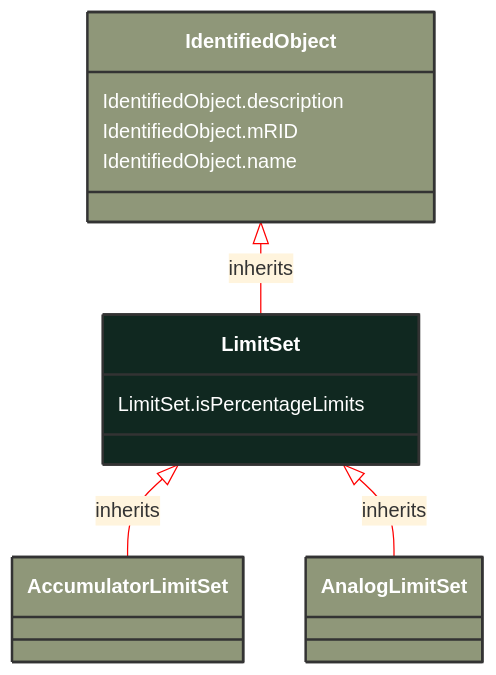
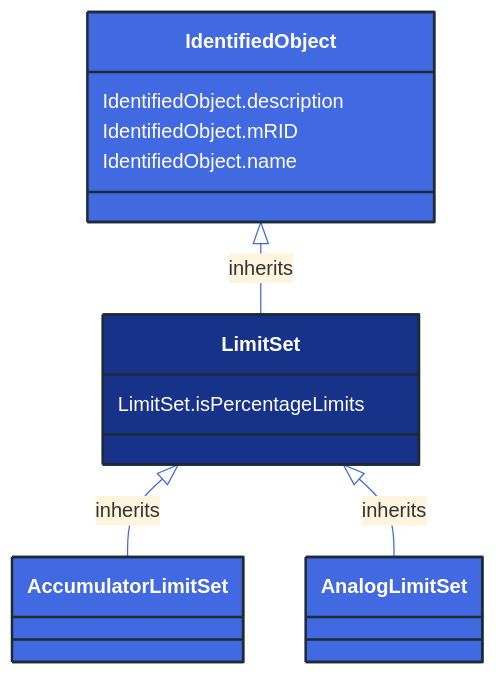
Before and after one commit to 3lbits/NoCIMExtensions: the diagram in docs/Models/Profiles/Operation/AbstractClasses/LimitSet.md, drawn with Mermaid. The commit also changed 362 other files, not shown here.

First line of the commit message:
Update diagrams and styles for improved visual consistency

````diff
--- a/docs/Models/Profiles/Operation/AbstractClasses/LimitSet.md
+++ b/docs/Models/Profiles/Operation/AbstractClasses/LimitSet.md
@@ -10,30 +10,30 @@
 ```mermaid
-%%{init: {'theme':'base','themeVariables': {'lineColor': '#FF0000'}}}%%
+%%{init: {'theme':'base','themeVariables': {'lineColor': '#4169E1'}}}%%
 classDiagram
     class LimitSet
     click LimitSet href "/Models/Profiles/Operation/AbstractClasses/LimitSet/"
-    style LimitSet fill:#102820,stroke:#333,stroke-width:2px,rx:10,ry:10,color:white
+    style LimitSet fill:#163289,stroke:#1F2A37,stroke-width:2px,rx:10,ry:10,color:white
 
         LimitSet <|-- AccumulatorLimitSet : inherits
 
         AccumulatorLimitSet
             click AccumulatorLimitSet href "/Models/Profiles/Operation/ConcreteClasses/AccumulatorLimitSet/"
-            style AccumulatorLimitSet fill:#8F9779,stroke:#333,stroke-width:2px,rx:10,ry:10,color:white
+            style AccumulatorLimitSet fill:#4169E1,stroke:#1F2A37,stroke-width:2px,rx:10,ry:10,color:white
 
         LimitSet <|-- AnalogLimitSet : inherits
 
         AnalogLimitSet
             click AnalogLimitSet href "/Models/Profiles/Operation/ConcreteClasses/AnalogLimitSet/"
-            style AnalogLimitSet fill:#8F9779,stroke:#333,stroke-width:2px,rx:10,ry:10,color:white
+            style AnalogLimitSet fill:#4169E1,stroke:#1F2A37,stroke-width:2px,rx:10,ry:10,color:white
      
         IdentifiedObject <|-- LimitSet : inherits
             click IdentifiedObject href "/Models/Profiles/Operation/AbstractClasses/IdentifiedObject/"
-            style IdentifiedObject fill:#8F9779,stroke:#333,stroke-width:2px,rx:10,ry:10,color:white
+            style IdentifiedObject fill:#4169E1,stroke:#1F2A37,stroke-width:2px,rx:10,ry:10,color:white
 
 
 
         LimitSet : LimitSet.isPercentageLimits
         IdentifiedObject : IdentifiedObject.description
         IdentifiedObject : IdentifiedObject.mRID
         IdentifiedObject : IdentifiedObject.name
 ```
````
